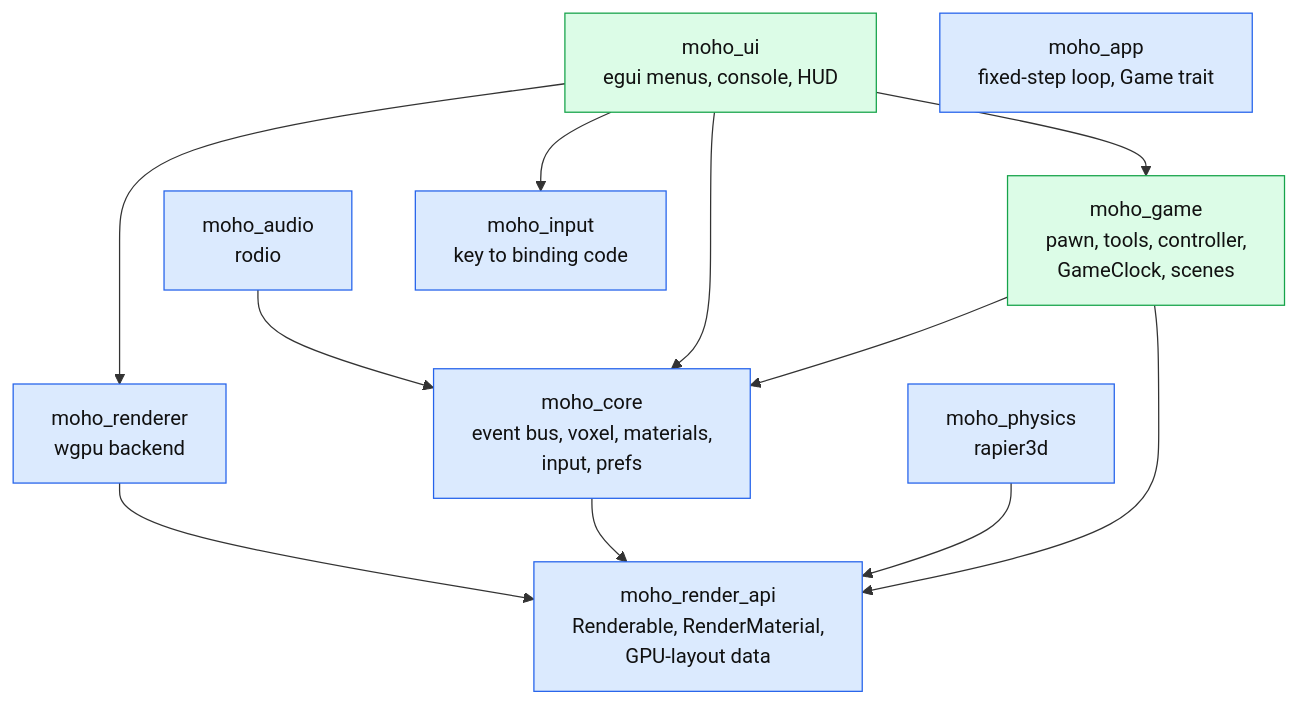
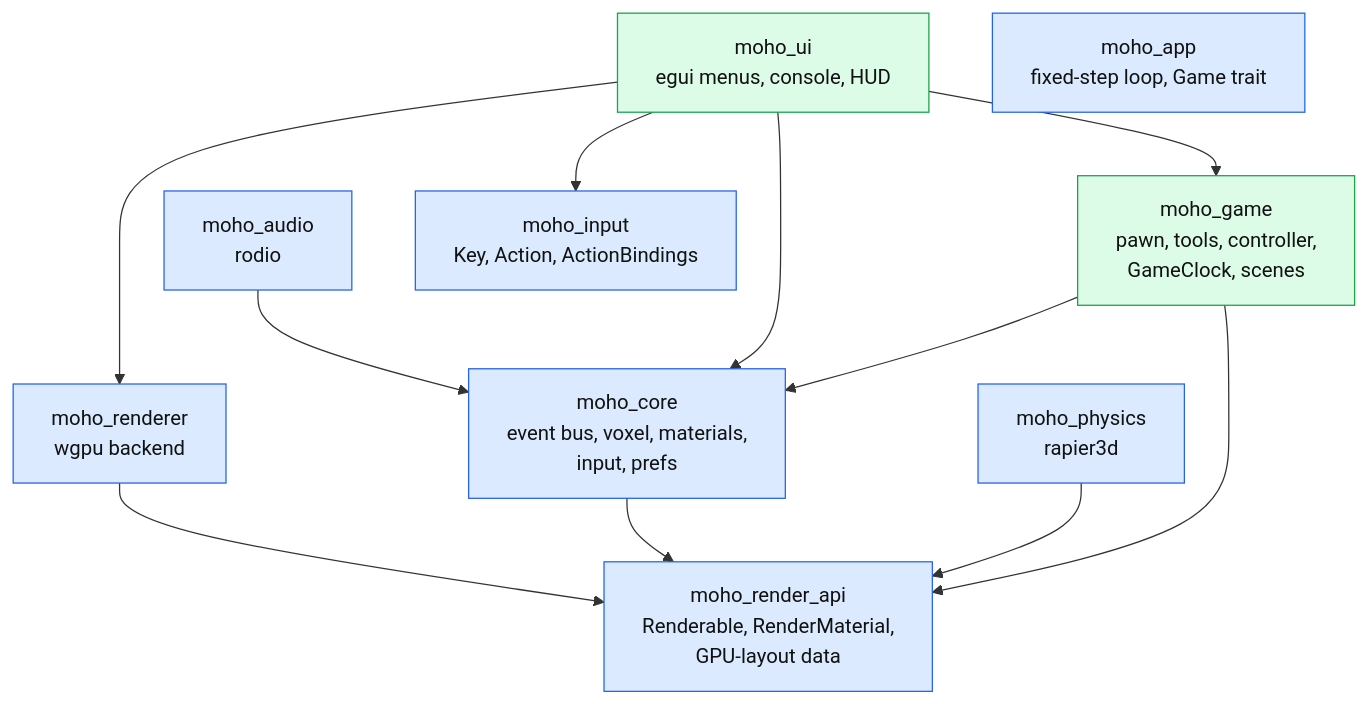
Before and after one commit to WrackedFella/moho: the first of 3 diagrams in wiki/architecture/overview.md, drawn with Mermaid. The commit also changed 32 other files, not shown here.

First line of the commit message:
feat(input): ENG-F12-02, bindings are data keyed by action name (#224)

````diff
--- a/wiki/architecture/overview.md
+++ b/wiki/architecture/overview.md
@@ -17,23 +17,23 @@
 ```mermaid
 flowchart TD
     ui["moho_ui<br/>egui menus, console, HUD"]:::strategy
     game["moho_game<br/>pawn, tools, controller,<br/>GameClock, scenes"]:::strategy
 
     renderer["moho_renderer<br/>wgpu backend"]:::engine
     rapi["moho_render_api<br/>Renderable, RenderMaterial,<br/>GPU-layout data"]:::engine
     core["moho_core<br/>event bus, voxel, materials,<br/>input, prefs"]:::engine
     audio["moho_audio<br/>rodio"]:::engine
     physics["moho_physics<br/>rapier3d"]:::engine
-    input["moho_input<br/>key to binding code"]:::engine
+    input["moho_input<br/>Key, Action, ActionBindings"]:::engine
     app["moho_app<br/>fixed-step loop, Game trait"]:::engine
 
     ui --> renderer & input & core & game
     game --> core & rapi
     renderer --> rapi
     audio --> core
     physics --> rapi
     core --> rapi
 
     classDef engine fill:#dbeafe,stroke:#2563eb,color:#111
     classDef strategy fill:#dcfce7,stroke:#16a34a,color:#111
 ```
````
